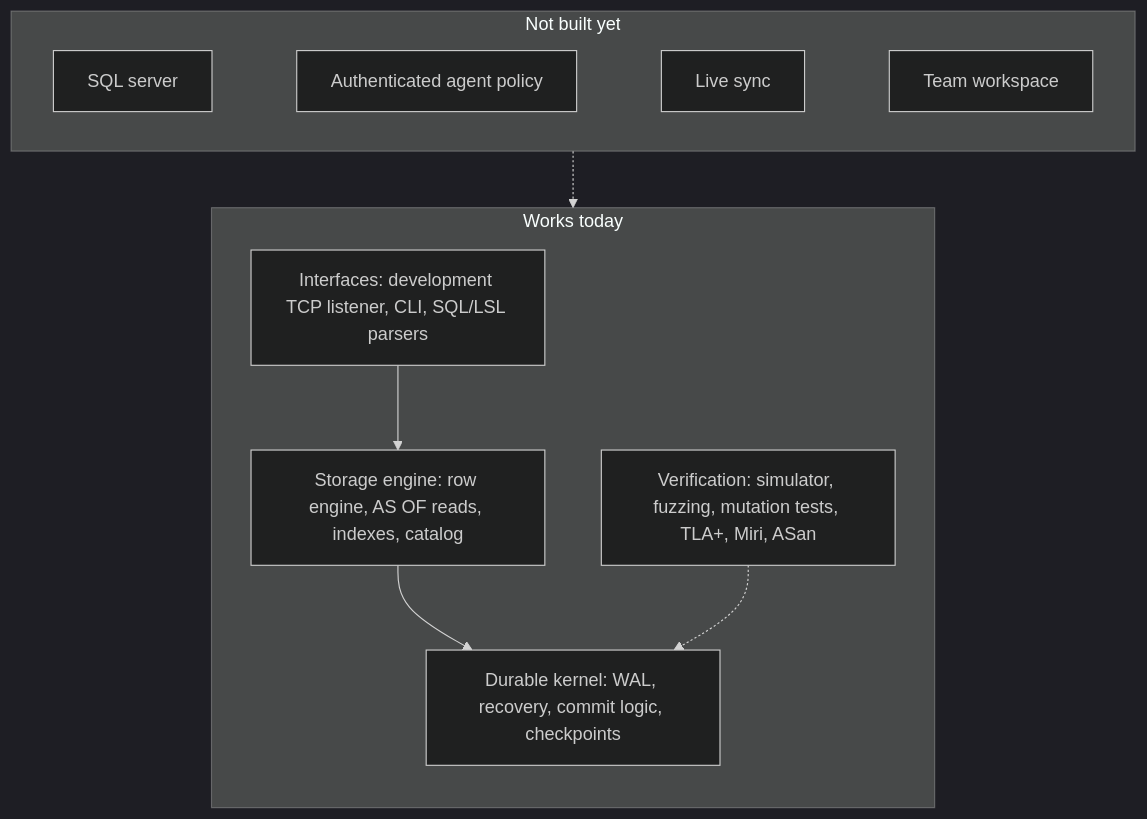
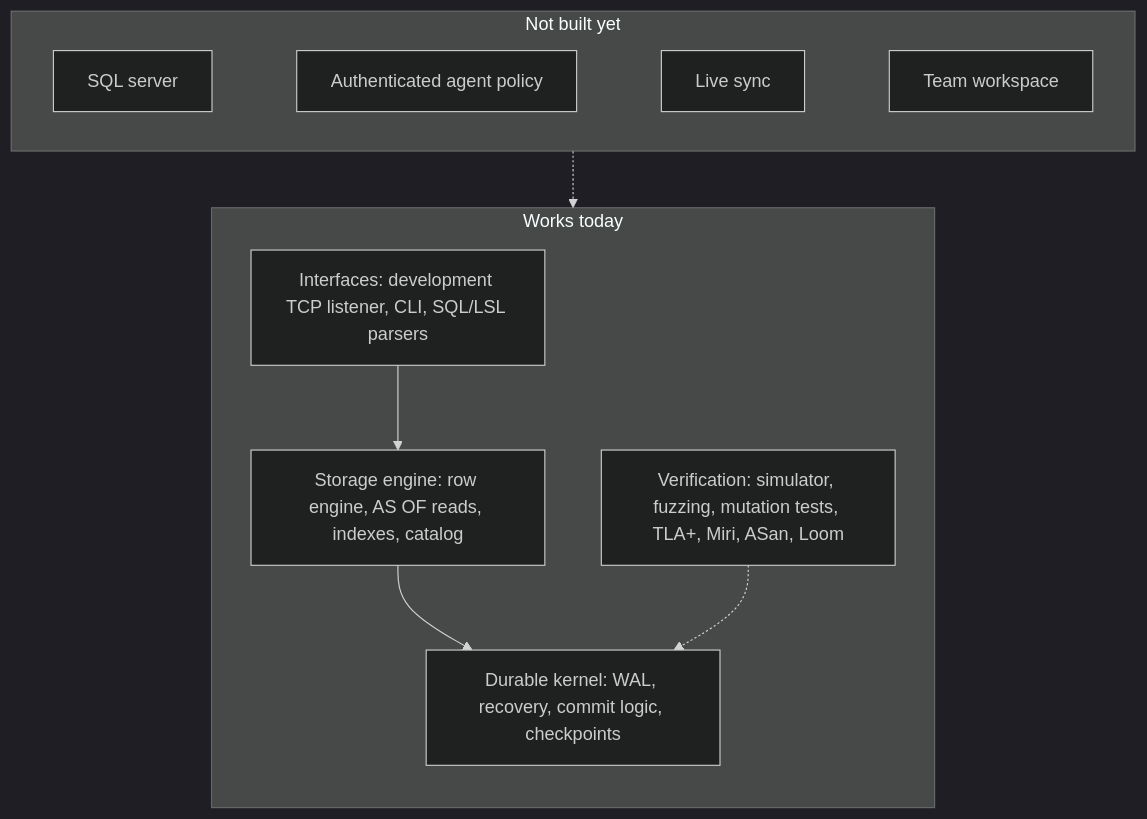
One commit to moncifem/latticedb changed the diagram in README.md. Above: the diagram before and after it, drawn with Mermaid (dark theme). The commit also changed 10 other files, not shown here.

````diff
--- a/README.md
+++ b/README.md
@@ -45,17 +45,17 @@
 ```mermaid
 flowchart TB
   subgraph ahead["Not built yet"]
     direction LR
     sql["SQL server"] ~~~ pol["Authenticated agent policy"] ~~~ sync["Live sync"] ~~~ ws["Team workspace"]
   end
   subgraph have["Works today"]
     direction TB
     ifc["Interfaces: development TCP listener, CLI, SQL/LSL parsers"]
     eng["Storage engine: row engine, AS OF reads, indexes, catalog"]
     ker["Durable kernel: WAL, recovery, commit logic, checkpoints"]
-    ver["Verification: simulator, fuzzing, mutation tests, TLA+, Miri, ASan"]
+    ver["Verification: simulator, fuzzing, mutation tests, TLA+, Miri, ASan, Loom"]
     ifc --> eng --> ker
     ver -.-> ker
   end
   ahead -.-> have
 ```
````
